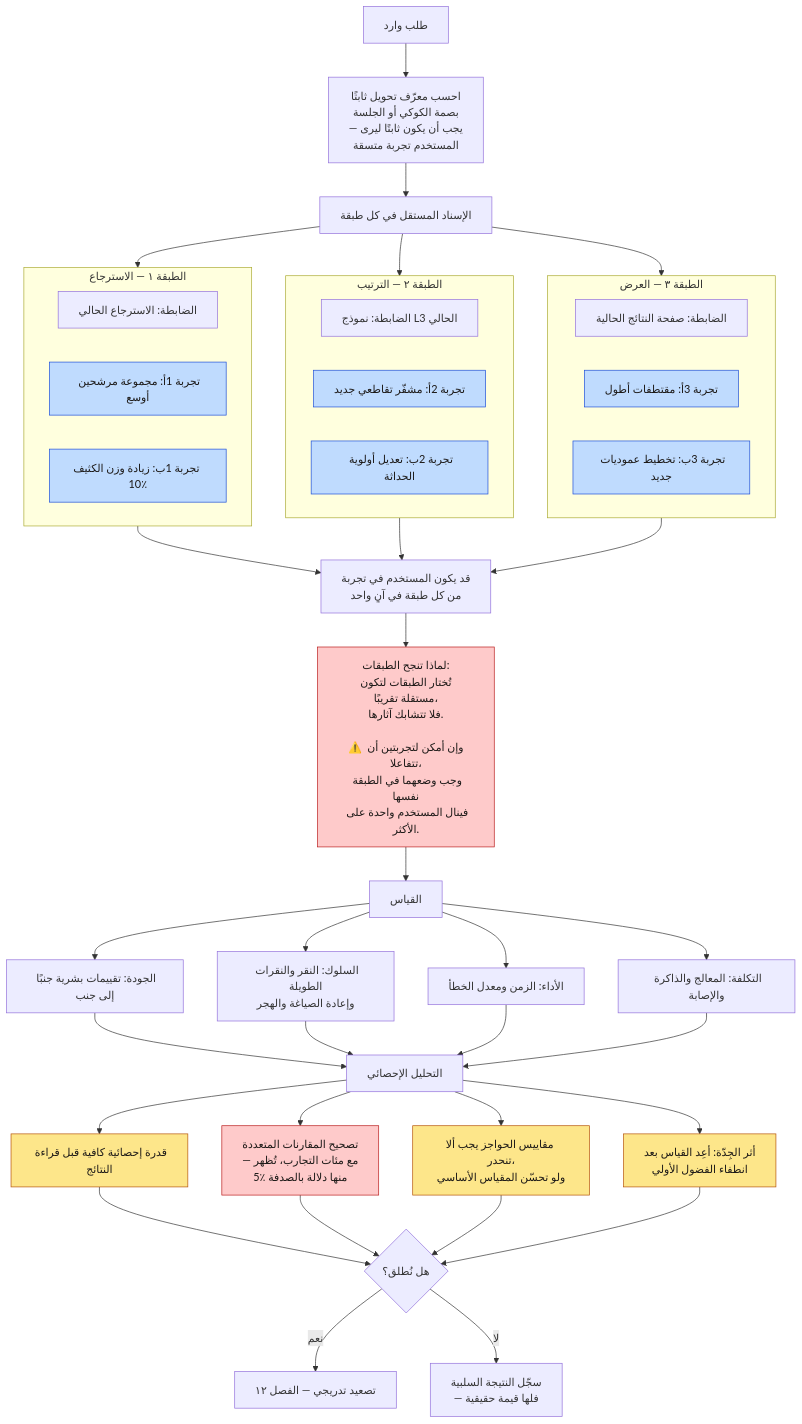
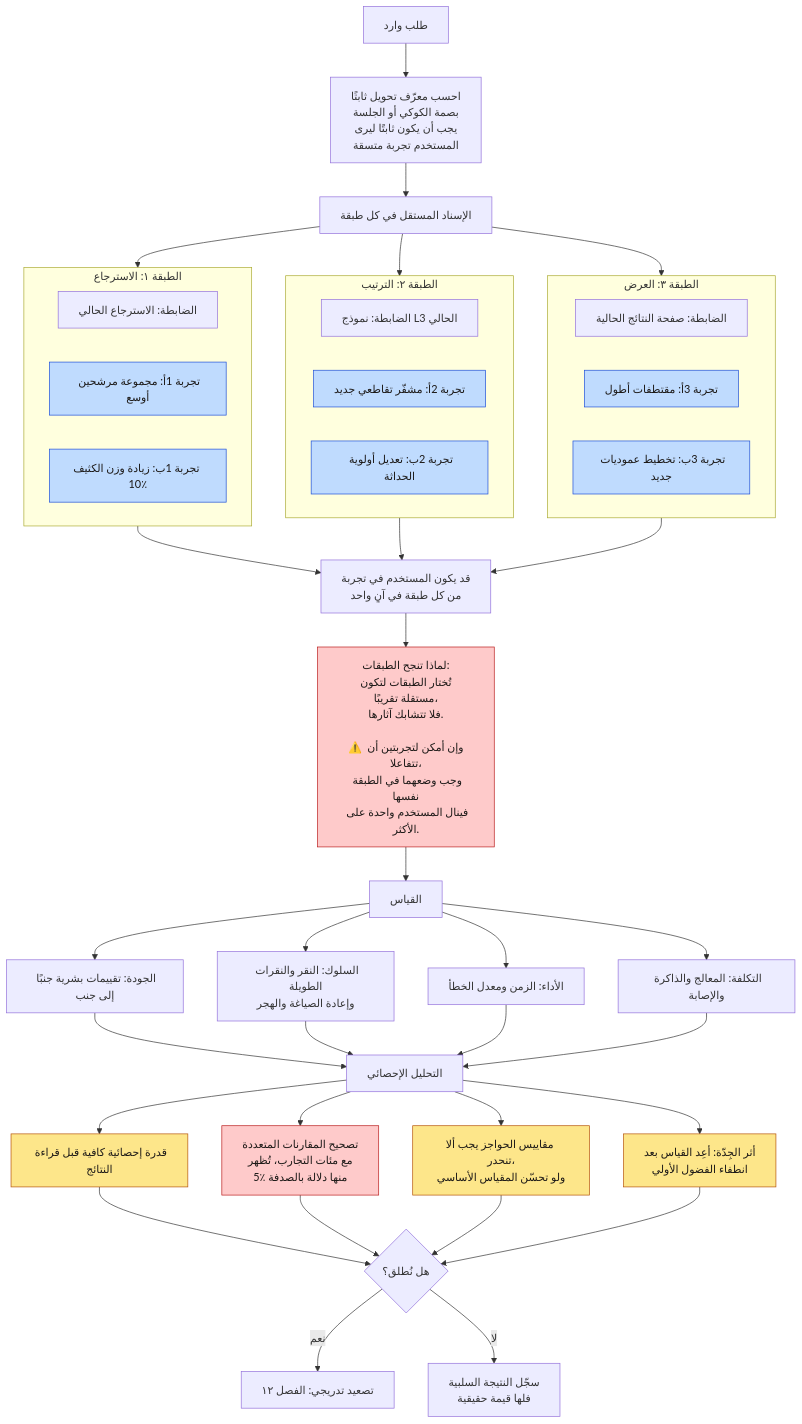
The third of 4 diagrams in docs/ar/13-observability.md (ahmedselimmansor-ctrl/google-search-system-design), drawn with Mermaid before and after one commit. The commit also changed other lines of this file and 89 other files, not shown here.

````diff
--- a/docs/ar/13-observability.md
+++ b/docs/ar/13-observability.md
@@ -143,54 +143,54 @@
 ```mermaid
 flowchart TB
-    REQ["طلب وارد"] --> ID["احسب معرّف تحويل ثابتًا<br/>بصمة الكوكي أو الجلسة<br/>— يجب أن يكون ثابتًا ليرى<br/>المستخدم تجربة متسقة"]
+    REQ["طلب وارد"] --> ID["احسب معرّف تحويل ثابتًا<br/>بصمة الكوكي أو الجلسة<br/>يجب أن يكون ثابتًا ليرى<br/>المستخدم تجربة متسقة"]
 
     ID --> LAYERS["الإسناد المستقل في كل طبقة"]
 
-    subgraph L1["الطبقة ١ — الاسترجاع"]
+    subgraph L1["الطبقة ١: الاسترجاع"]
         A1["الضابطة: الاسترجاع الحالي"]
         A2["تجربة 1أ: مجموعة مرشحين أوسع"]
         A3["تجربة 1ب: زيادة وزن الكثيف 10٪"]
     end
 
-    subgraph L2["الطبقة ٢ — الترتيب"]
+    subgraph L2["الطبقة ٢: الترتيب"]
         B1["الضابطة: نموذج L3 الحالي"]
         B2["تجربة 2أ: مشفّر تقاطعي جديد"]
         B3["تجربة 2ب: تعديل أولوية الحداثة"]
     end
 
-    subgraph L3["الطبقة ٣ — العرض"]
+    subgraph L3["الطبقة ٣: العرض"]
         C1["الضابطة: صفحة النتائج الحالية"]
         C2["تجربة 3أ: مقتطفات أطول"]
         C3["تجربة 3ب: تخطيط عموديات جديد"]
     end
 
     LAYERS --> L1 & L2 & L3
 
     L1 & L2 & L3 --> COMBINE["قد يكون المستخدم في تجربة<br/>من كل طبقة في آنٍ واحد"]
 
     COMBINE --> WHY["لماذا تنجح الطبقات:<br/>تُختار الطبقات لتكون<br/>مستقلة تقريبًا،<br/>فلا تتشابك آثارها.<br/><br/>⚠️ وإن أمكن لتجربتين أن تتفاعلا،<br/>وجب وضعهما في الطبقة نفسها<br/>فينال المستخدم واحدة على الأكثر."]
 
     WHY --> MEASURE["القياس"]
 
     MEASURE --> ME1["الجودة: تقييمات بشرية جنبًا إلى جنب"]
     MEASURE --> ME2["السلوك: النقر والنقرات الطويلة<br/>وإعادة الصياغة والهجر"]
     MEASURE --> ME3["الأداء: الزمن ومعدل الخطأ"]
     MEASURE --> ME4["التكلفة: المعالج والذاكرة والإصابة"]
 
     ME1 & ME2 & ME3 & ME4 --> STAT["التحليل الإحصائي"]
     STAT --> ST1["قدرة إحصائية كافية قبل قراءة النتائج"]
-    STAT --> ST2["تصحيح المقارنات المتعددة<br/>— مع مئات التجارب، تُظهر<br/>5٪ منها دلالة بالصدفة"]
+    STAT --> ST2["تصحيح المقارنات المتعددة<br/>مع مئات التجارب، تُظهر<br/>5٪ منها دلالة بالصدفة"]
     STAT --> ST3["مقاييس الحواجز يجب ألا تنحدر،<br/>ولو تحسّن المقياس الأساسي"]
     STAT --> ST4["أثر الجِدّة: أعِد القياس بعد<br/>انطفاء الفضول الأولي"]
 
     ST1 & ST2 & ST3 & ST4 --> DECIDE{"هل نُطلق؟"}
-    DECIDE -->|"نعم"| RAMP["تصعيد تدريجي — الفصل ١٢"]
-    DECIDE -->|"لا"| LEARN["سجّل النتيجة السلبية<br/>— فلها قيمة حقيقية"]
+    DECIDE -->|"نعم"| RAMP["تصعيد تدريجي: الفصل ١٢"]
+    DECIDE -->|"لا"| LEARN["سجّل النتيجة السلبية<br/>فلها قيمة حقيقية"]
 
     classDef exp fill:#bfdbfe,stroke:#1d4ed8,color:#1c1917
     classDef stat fill:#fde68a,stroke:#b45309,color:#1c1917
     classDef warn fill:#fecaca,stroke:#b91c1c,color:#1c1917
     class A2,A3,B2,B3,C2,C3 exp
     class ST1,ST2,ST3,ST4 stat
     class WHY,ST2 warn
 ```
````
